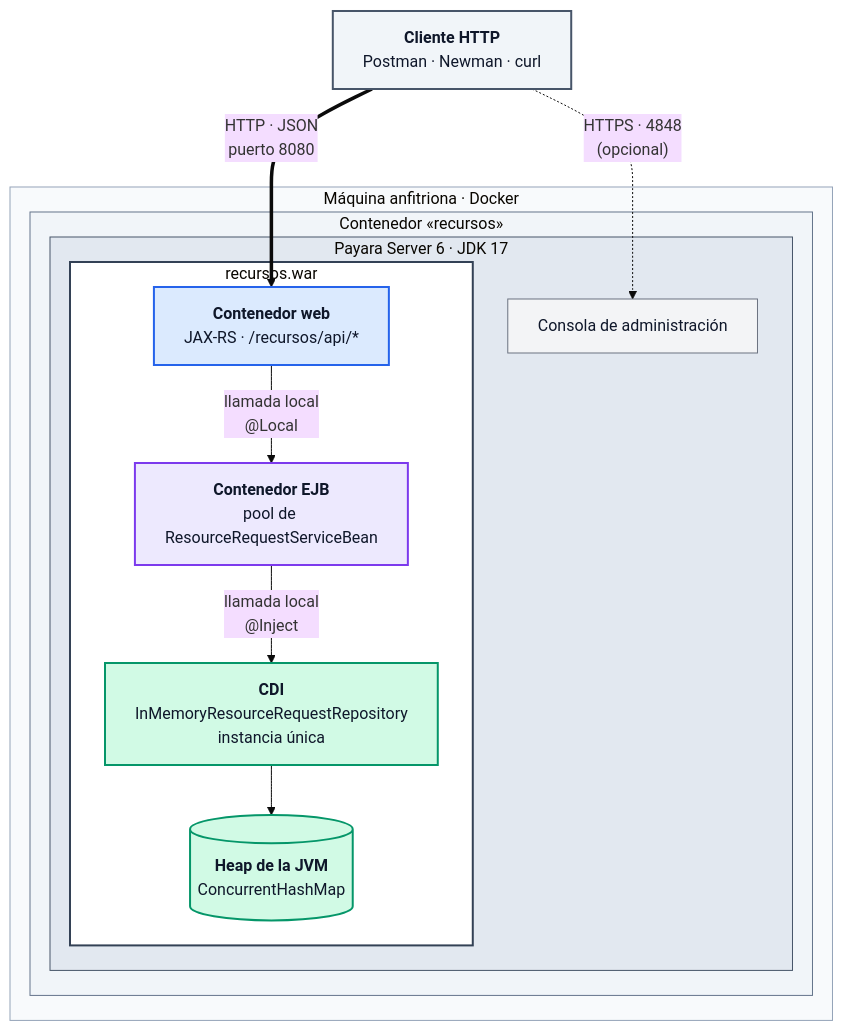
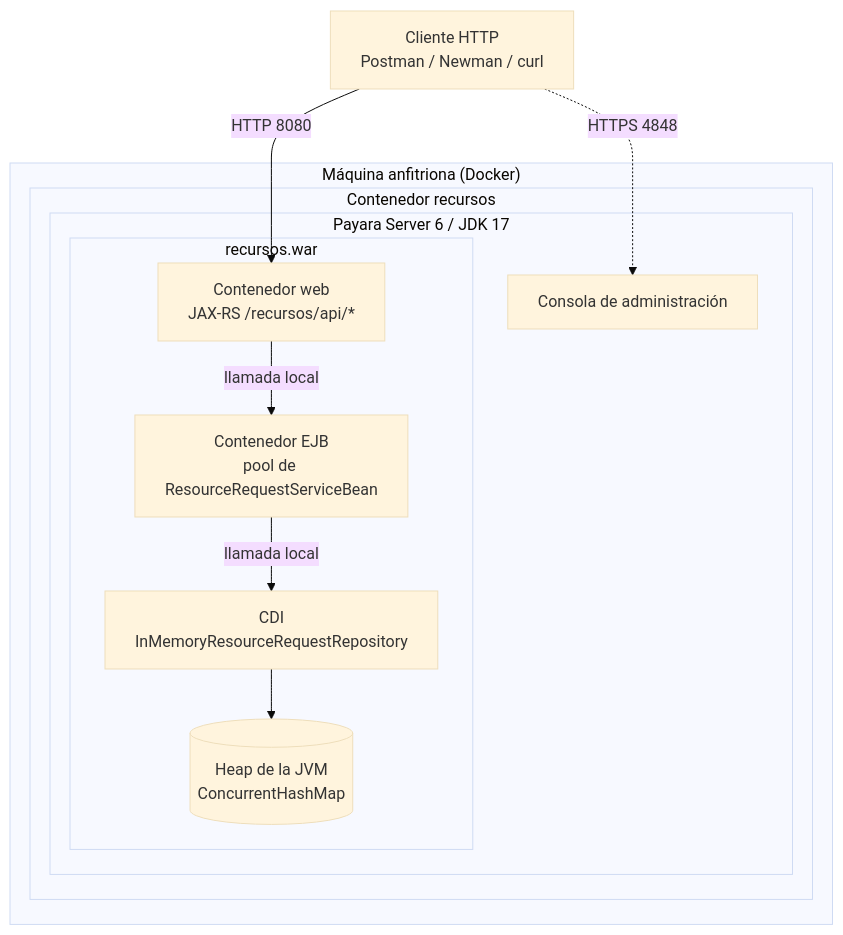
The seventh of 9 diagrams in docs/arquitectura.md (andreMD287/JEE-Negocio), drawn with Mermaid (base theme) before and after one commit. The commit also changed other lines of this file and 2 other files, not shown here.

Commit message:
Documentación: diagramas en blanco y negro y evidencias resumidas

````diff
--- a/docs/arquitectura.md
+++ b/docs/arquitectura.md
@@ -383,35 +317,22 @@
 ```mermaid
 flowchart TB
-    classDef client fill:#F1F5F9,stroke:#475569,stroke-width:2px,color:#0F172A
-    classDef api fill:#DBEAFE,stroke:#2563EB,stroke-width:2px,color:#0F172A
-    classDef biz fill:#EDE9FE,stroke:#7C3AED,stroke-width:2px,color:#0F172A
-    classDef data fill:#D1FAE5,stroke:#059669,stroke-width:2px,color:#0F172A
-    classDef infra fill:#F3F4F6,stroke:#6B7280,stroke-width:1px,color:#0F172A
-
-    CLIENT["<b>Cliente HTTP</b><br/>Postman · Newman · curl"]:::client
-
-    subgraph HOST["Máquina anfitriona · Docker"]
-        subgraph CT["Contenedor «recursos»"]
-            subgraph PAYARA["Payara Server 6 · JDK 17"]
+    CLIENT["Cliente HTTP<br/>Postman / Newman / curl"]
+    subgraph HOST["Máquina anfitriona (Docker)"]
+        subgraph CT["Contenedor recursos"]
+            subgraph PAYARA["Payara Server 6 / JDK 17"]
                 subgraph WAR["recursos.war"]
-                    JAXRS["<b>Contenedor web</b><br/>JAX-RS · /recursos/api/*"]:::api
-                    EJBC["<b>Contenedor EJB</b><br/>pool de ResourceRequestServiceBean"]:::biz
-                    CDI["<b>CDI</b><br/>InMemoryResourceRequestRepository<br/>instancia única"]:::data
-                    HEAP[("<b>Heap de la JVM</b><br/>ConcurrentHashMap")]:::data
+                    JAXRS["Contenedor web<br/>JAX-RS /recursos/api/*"]
+                    EJBC["Contenedor EJB<br/>pool de ResourceRequestServiceBean"]
+                    CDI["CDI<br/>InMemoryResourceRequestRepository"]
+                    HEAP[("Heap de la JVM<br/>ConcurrentHashMap")]
                 end
-                ADMIN["Consola de administración"]:::infra
+                ADMIN["Consola de administración"]
             end
         end
     end
-
-    CLIENT ==>|"HTTP · JSON<br/>puerto 8080"| JAXRS
-    CLIENT -.->|"HTTPS · 4848<br/>(opcional)"| ADMIN
-    JAXRS -->|"llamada local<br/>@Local"| EJBC
-    EJBC -->|"llamada local<br/>@Inject"| CDI
+    CLIENT -->|"HTTP 8080"| JAXRS
+    CLIENT -.->|"HTTPS 4848"| ADMIN
+    JAXRS -->|llamada local| EJBC
+    EJBC -->|llamada local| CDI
     CDI --> HEAP
-
-    style HOST fill:#F8FAFC,stroke:#94A3B8
-    style CT fill:#F1F5F9,stroke:#64748B
-    style PAYARA fill:#E2E8F0,stroke:#475569
-    style WAR fill:#FFFFFF,stroke:#334155,stroke-width:2px
 ```
````
